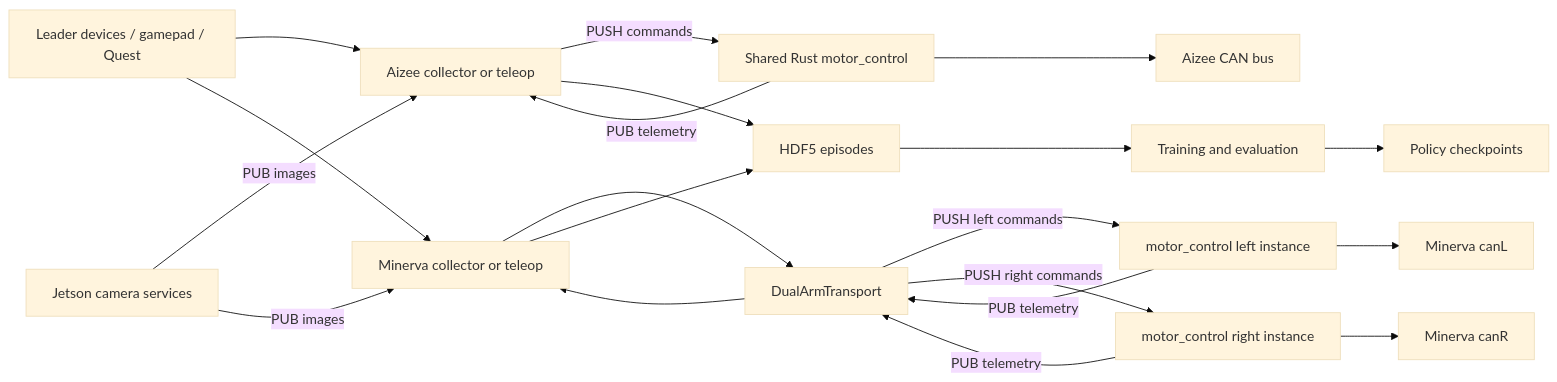
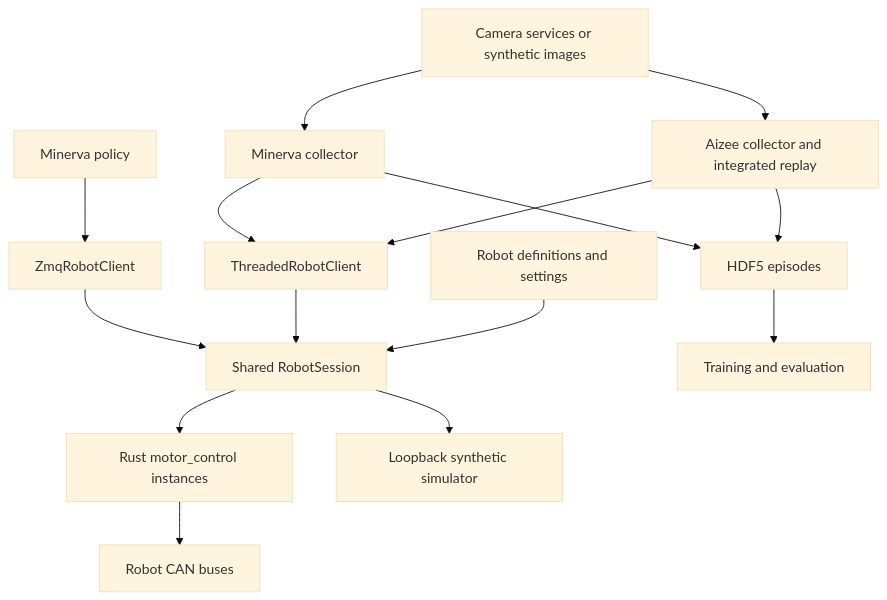
Before and after one commit to ltrlab/aizee: the diagram in docs/architecture/REPOSITORY_MAP.md, drawn with Mermaid (base theme). The commit also changed other lines of this file and 57 other files, not shown here.

````diff
--- a/docs/architecture/REPOSITORY_MAP.md
+++ b/docs/architecture/REPOSITORY_MAP.md
@@ -37,22 +9,17 @@
 ```mermaid
-flowchart LR
-    L[Leader devices / gamepad / Quest] --> A[Aizee collector or teleop]
-    L --> M[Minerva collector or teleop]
-    A -->|PUSH commands| R[Shared Rust motor_control]
-    M --> D[DualArmTransport]
-    D -->|PUSH left commands| ML[motor_control left instance]
-    D -->|PUSH right commands| MR[motor_control right instance]
-    R --> CA[Aizee CAN bus]
-    ML --> CL[Minerva canL]
-    MR --> CR[Minerva canR]
-    C[Jetson camera services] -->|PUB images| A
-    C -->|PUB images| M
-    R -->|PUB telemetry| A
-    ML -->|PUB telemetry| D
-    MR -->|PUB telemetry| D
-    D --> M
+flowchart TD
+    D[Robot definitions and settings] --> S[Shared RobotSession]
+    A[Aizee collector and integrated replay] --> W[ThreadedRobotClient]
+    M[Minerva collector] --> W
+    P[Minerva policy] --> Z[ZmqRobotClient]
+    W --> S
+    Z --> S
+    S --> R[Rust motor_control instances]
+    S --> F[Loopback synthetic simulator]
+    R --> C[Robot CAN buses]
+    I[Camera services or synthetic images] --> A
+    I --> M
     A --> E[HDF5 episodes]
     M --> E
     E --> T[Training and evaluation]
-    T --> K[Policy checkpoints]
 ```
````
